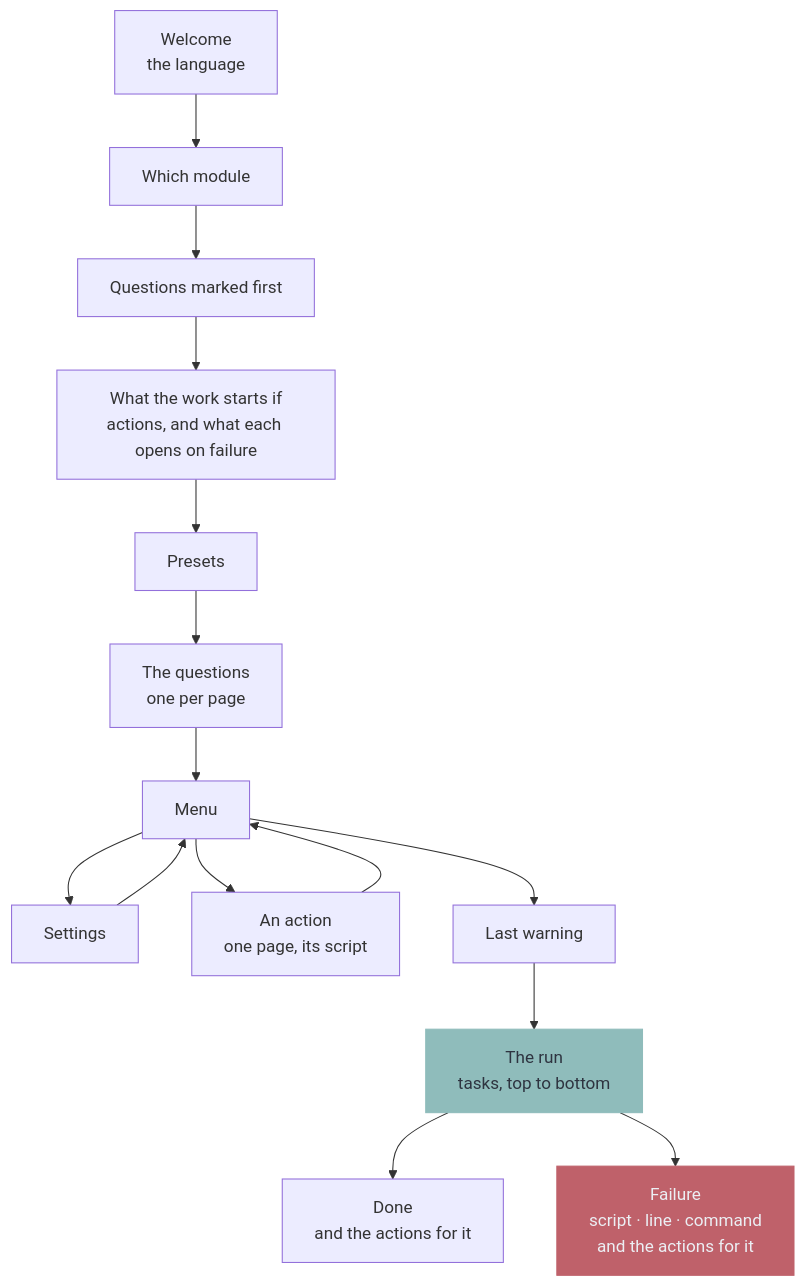
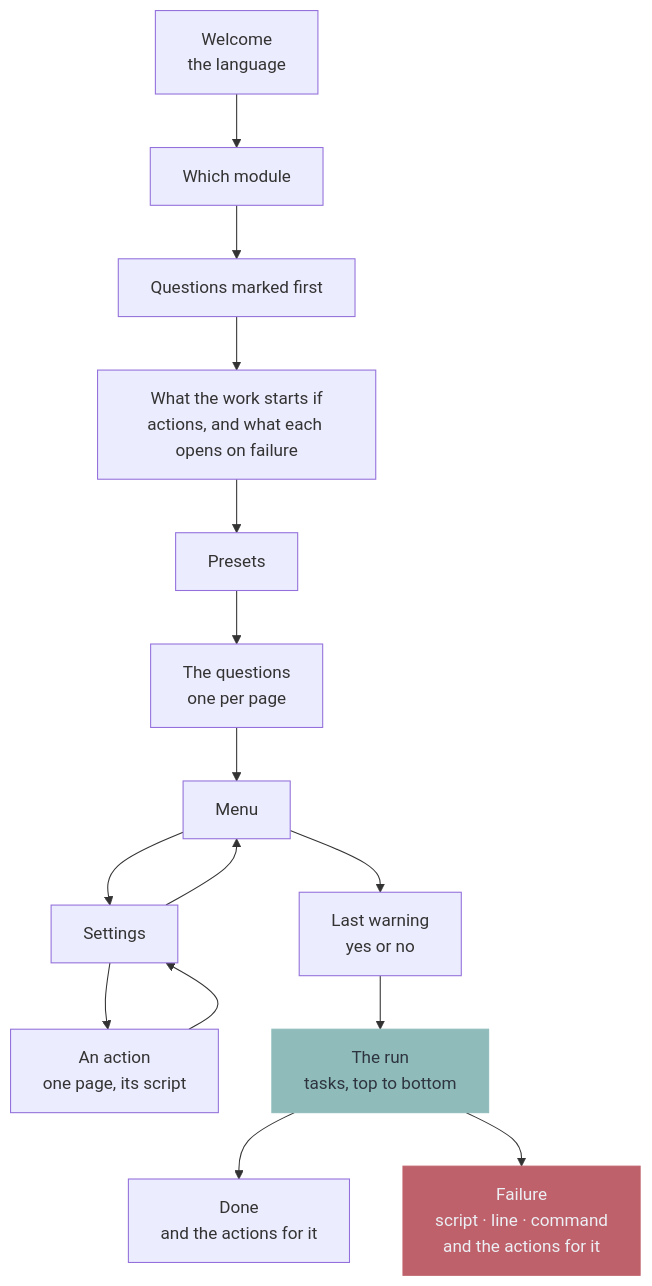
One commit to murkl/oak changed the second of 3 diagrams in docs/README.md. Above: the diagram before and after it, drawn with Mermaid. The commit also changed 29 other files, not shown here.

First line of the commit message:
feat!: actions on the settings page, a yes or no before the work, and deferred questions declared as such (#34)

````diff
--- a/docs/README.md
+++ b/docs/README.md
@@ -75,15 +75,15 @@
 ```mermaid
 flowchart TD
     L["Welcome<br/>the language"] --> W["Which module"] --> Q1["Questions marked first"]
     Q1 --> N["What the work starts if<br/>actions, and what each opens on failure"] --> PR["Presets"]
     PR --> Q["The questions<br/>one per page"]
     Q --> H["Menu"]
     H --> SE["Settings"] --> H
-    H --> OP["An action<br/>one page, its script"] --> H
-    H --> CF["Last warning"] --> R["The run<br/>tasks, top to bottom"]
+    SE --> OP["An action<br/>one page, its script"] --> SE
+    H --> CF["Last warning<br/>yes or no"] --> R["The run<br/>tasks, top to bottom"]
     R --> OK["Done<br/>and the actions for it"]
     R --> ER["Failure<br/>script · line · command<br/>and the actions for it"]
 
     style ER fill:#bf616a,stroke:#bf616a,color:#eceff4
     style R fill:#8fbcbb,stroke:#8fbcbb,color:#2e3440
 ```
````
